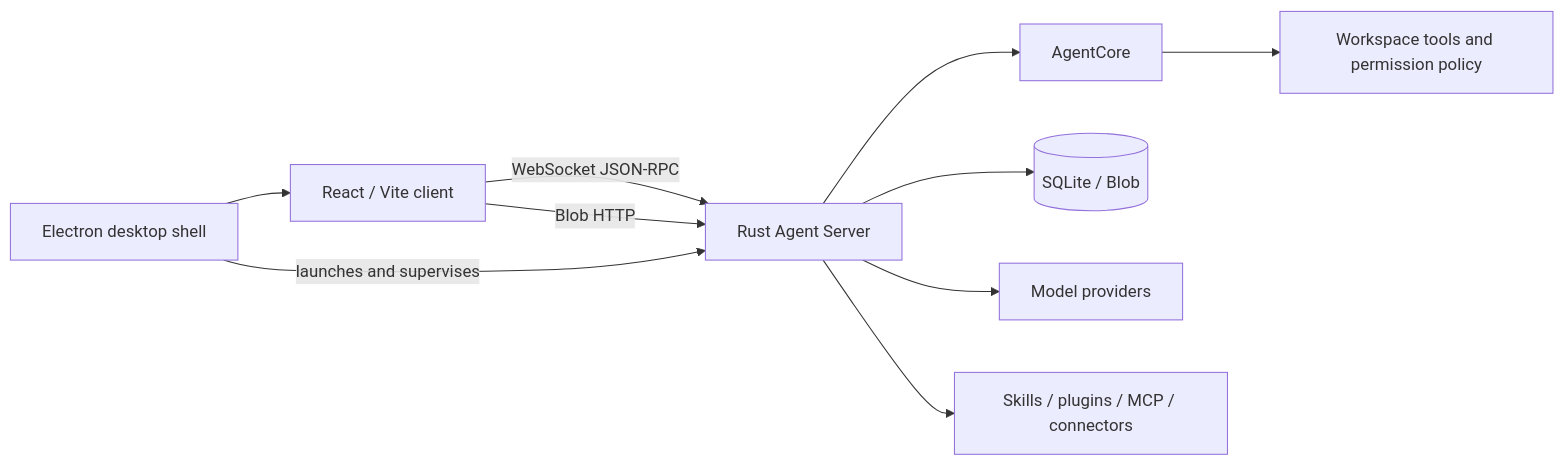
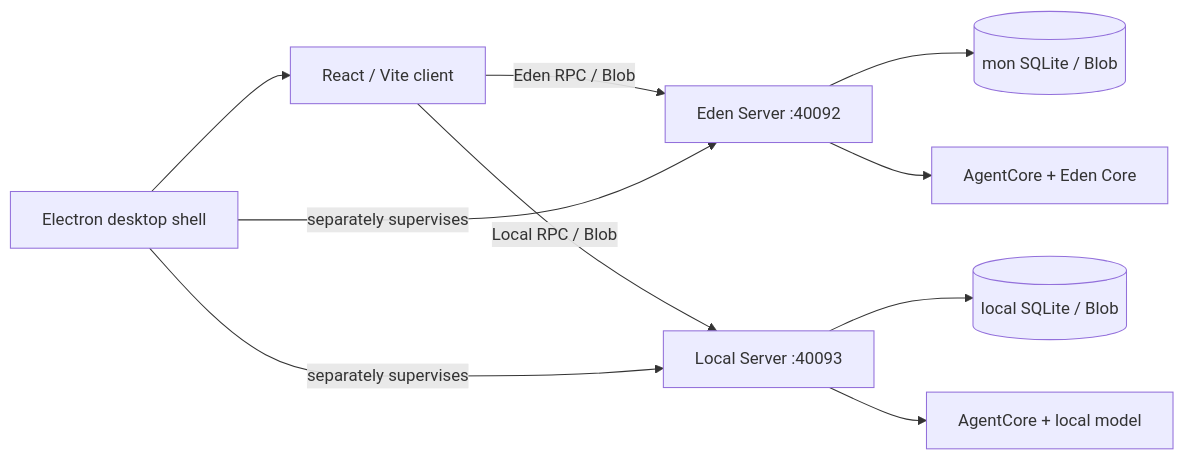
One commit to jiang357357357/EdenAgent changed the diagram in README.en.md. Above: the diagram before and after it, drawn with Mermaid. The commit also changed other lines of this file and 12 other files, not shown here.

Commit message:
feat: fully isolate Eden and local runtimes

````diff
--- a/README.en.md
+++ b/README.en.md
@@ -51,12 +51,12 @@
 ```mermaid
 flowchart LR
     Desktop[Electron desktop shell] --> Web[React / Vite client]
-    Web -->|WebSocket JSON-RPC| Server[Rust Agent Server]
-    Web -->|Blob HTTP| Server
-    Desktop -->|launches and supervises| Server
-    Server --> Core[AgentCore]
-    Server --> Store[(SQLite / Blob)]
-    Server --> Models[Model providers]
-    Server --> Extensions[Skills / plugins / MCP / connectors]
-    Core --> Tools[Workspace tools and permission policy]
+    Web -->|Eden RPC / Blob| Mon[Eden Server :40092]
+    Web -->|Local RPC / Blob| Local[Local Server :40093]
+    Desktop -->|separately supervises| Mon
+    Desktop -->|separately supervises| Local
+    Mon --> MonStore[(mon SQLite / Blob)]
+    Local --> LocalStore[(local SQLite / Blob)]
+    Mon --> Core[AgentCore + Eden Core]
+    Local --> LocalCore[AgentCore + local model]
 ```
````
